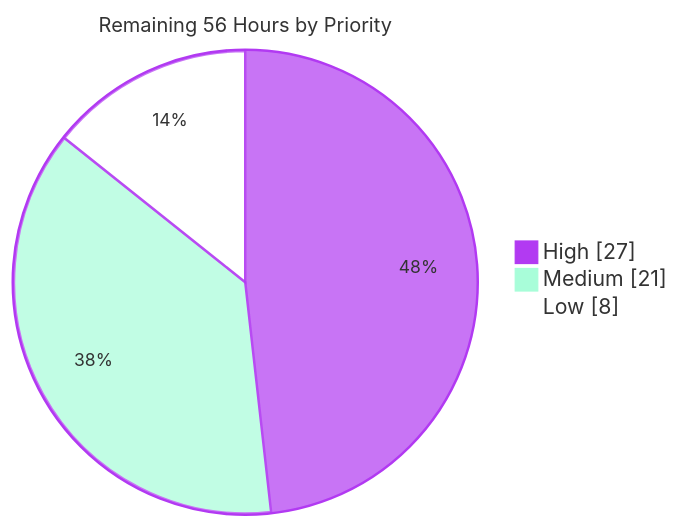
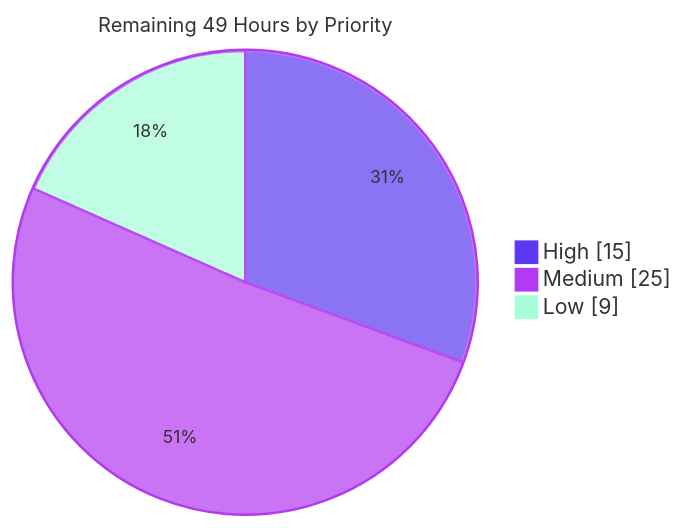
Before and after one commit to Blitzy-Sandbox/blitzy-ArkCase: the third of 3 diagrams in blitzy/documentation/Project Guide.md, drawn with Mermaid. The commit also changed other lines of this file, not shown here.

Commit message:
Adding Blitzy Project Guide: Project Status and Human Tasks Remaining

````diff
--- a/blitzy/documentation/Project Guide.md
+++ b/blitzy/documentation/Project Guide.md
@@ -267,8 +270,8 @@
 ```mermaid
-%%{init: {'theme':'base', 'themeVariables': {'pie1':'#B23AF2','pie2':'#A8FDD9','pie3':'#FFFFFF','pieStrokeColor':'#B23AF2','pieStrokeWidth':'2px','pieOuterStrokeColor':'#B23AF2','pieTitleTextSize':'16px','pieSectionTextSize':'14px'}}}%%
+%%{init: {'theme':'base', 'themeVariables': {'pie1':'#5B39F3','pie2':'#B23AF2','pie3':'#A8FDD9','pieStrokeColor':'#B23AF2','pieStrokeWidth':'2px','pieOuterStrokeColor':'#B23AF2','pieTitleTextSize':'16px','pieSectionTextSize':'14px'}}}%%
 pie showData
-    title Remaining 56 Hours by Priority
-    "High" : 27
-    "Medium" : 21
-    "Low" : 8
+    title Remaining 49 Hours by Priority
+    "High" : 15
+    "Medium" : 25
+    "Low" : 9
 ```
````
